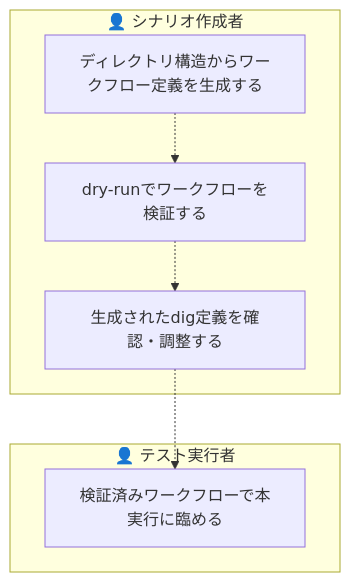
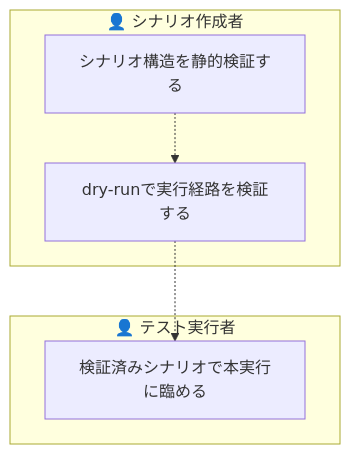
The fifth of 8 diagrams in docs/rdra/latest/views/03_業務フロー.md (scenario-test-framework/stfw), drawn with Mermaid before and after one commit. The commit also changed other lines of this file and 22 other files, not shown here.

First line of the commit message:
docs(requirements): v1.0 リアーキテクティングを USDM/RDRA に反映 (event: 20260708_084933_v1_rearchitecting)

````diff
--- a/docs/rdra/latest/views/03_業務フロー.md
+++ b/docs/rdra/latest/views/03_業務フロー.md
@@ -121,14 +121,12 @@
 ```mermaid
 graph TD
   subgraph LN1["👤 シナリオ作成者"]
-    AT1["ディレクトリ構造からワークフロー定義を生成する"]
-    AT2["dry-runでワークフローを検証する"]
-    AT3["生成されたdig定義を確認・調整する"]
+    AT1["シナリオ構造を静的検証する"]
+    AT2["dry-runで実行経路を検証する"]
   end
   subgraph LN2["👤 テスト実行者"]
-    AT4["検証済みワークフローで本実行に臨める"]
+    AT3["検証済みシナリオで本実行に臨める"]
   end
   AT1 -.-> AT2
   AT2 -.-> AT3
-  AT3 -.-> AT4
 ```
````
